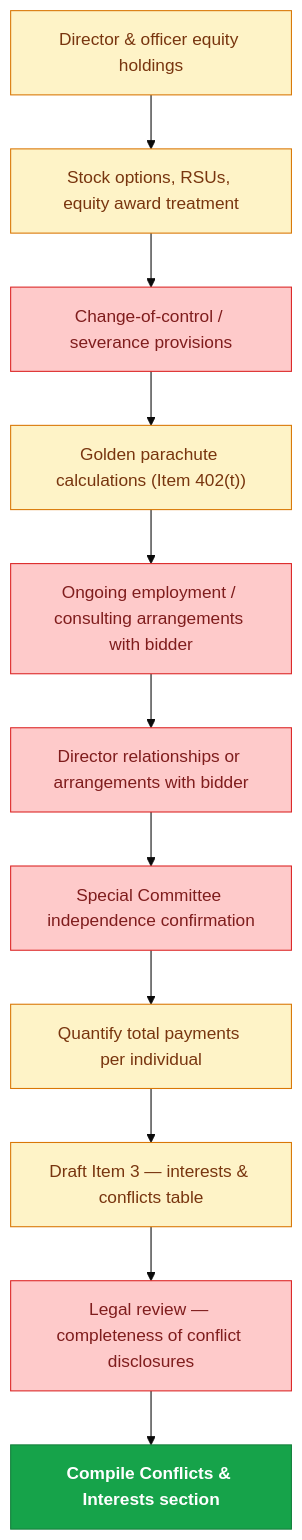
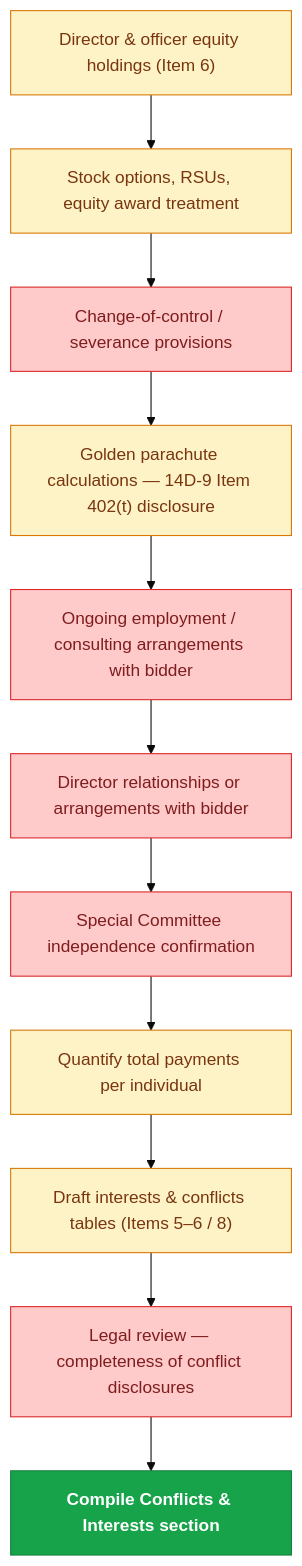
Before and after one commit to mrchanpark/14D-9: the tenth of 14 diagrams in README.md, drawn with Mermaid (base theme). The commit also changed other lines of this file and 2 other files, not shown here.

````diff
--- a/README.md
+++ b/README.md
@@ -207,16 +225,16 @@
 ```mermaid
 flowchart TD
-  A["Director & officer equity holdings"]:::yel --> B["Stock options, RSUs, equity award treatment"]:::yel
+  A["Director & officer equity holdings (Item 6)"]:::yel --> B["Stock options, RSUs, equity award treatment"]:::yel
   B --> C["Change-of-control / severance provisions"]:::red
-  C --> D["Golden parachute calculations (Item 402(t))"]:::yel
+  C --> D["Golden parachute calculations — 14D-9 Item 402(t) disclosure"]:::yel
   D --> E["Ongoing employment / consulting arrangements with bidder"]:::red
   E --> F["Director relationships or arrangements with bidder"]:::red
   F --> G["Special Committee independence confirmation"]:::red
   G --> H["Quantify total payments per individual"]:::yel
-  H --> I["Draft Item 3 — interests & conflicts table"]:::yel
+  H --> I["Draft interests & conflicts tables (Items 5–6 / 8)"]:::yel
   I --> J["Legal review — completeness of conflict disclosures"]:::red
   J --> K["Compile Conflicts & Interests section"]:::grnC
   classDef red fill:#fecaca,stroke:#dc2626,color:#7f1d1d
   classDef yel fill:#fef3c7,stroke:#d97706,color:#78350f
   classDef grnC fill:#16a34a,stroke:#15803d,color:#fff,font-weight:700
 ```
````
